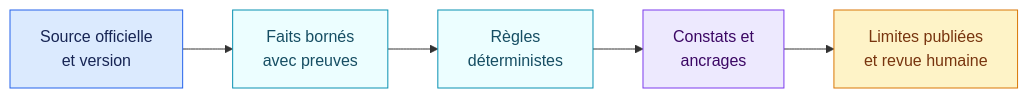
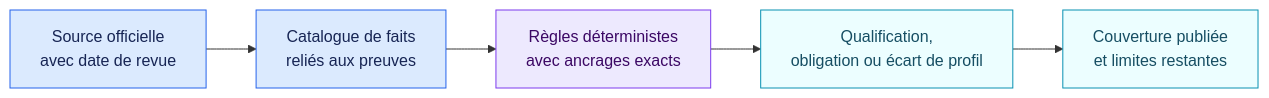
The diagram in docs/audits/2026-08-29-pack-viability.fr.md (NickChaps/Open-AIRS), drawn with Mermaid before and after one commit. The commit also changed other lines of this file and 54 other files, not shown here.

````diff
--- a/docs/audits/2026-08-29-pack-viability.fr.md
+++ b/docs/audits/2026-08-29-pack-viability.fr.md
@@ -25,16 +12,14 @@
 ```mermaid
 flowchart LR
-    S["Source officielle<br/>et version"] --> F["Faits bornés<br/>avec preuves"]
-    F --> R["Règles<br/>déterministes"]
-    R --> A["Constats et<br/>ancrages"]
-    A --> L["Limites publiées<br/>et revue humaine"]
+    S["Source officielle<br/>avec date de revue"] --> F["Catalogue de faits<br/>reliés aux preuves"]
+    F --> R["Règles déterministes<br/>avec ancrages exacts"]
+    R --> O["Qualification,<br/>obligation ou écart de profil"]
+    O --> L["Couverture publiée<br/>et limites restantes"]
 
     classDef source fill:#dbeafe,stroke:#2563eb,color:#172554
-    classDef work fill:#ecfeff,stroke:#0891b2,color:#164e63
-    classDef result fill:#ede9fe,stroke:#7c3aed,color:#3b0764
-    classDef limit fill:#fef3c7,stroke:#d97706,color:#78350f
-    class S source
-    class F,R work
-    class A result
-    class L limit
+    classDef engine fill:#ede9fe,stroke:#7c3aed,color:#3b0764
+    classDef output fill:#ecfeff,stroke:#0891b2,color:#164e63
+    class S,F source
+    class R engine
+    class O,L output
 ```
````
